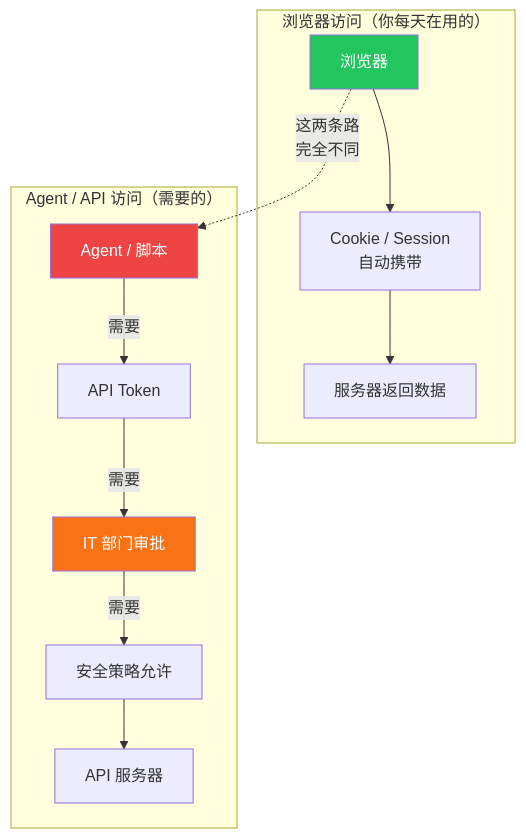
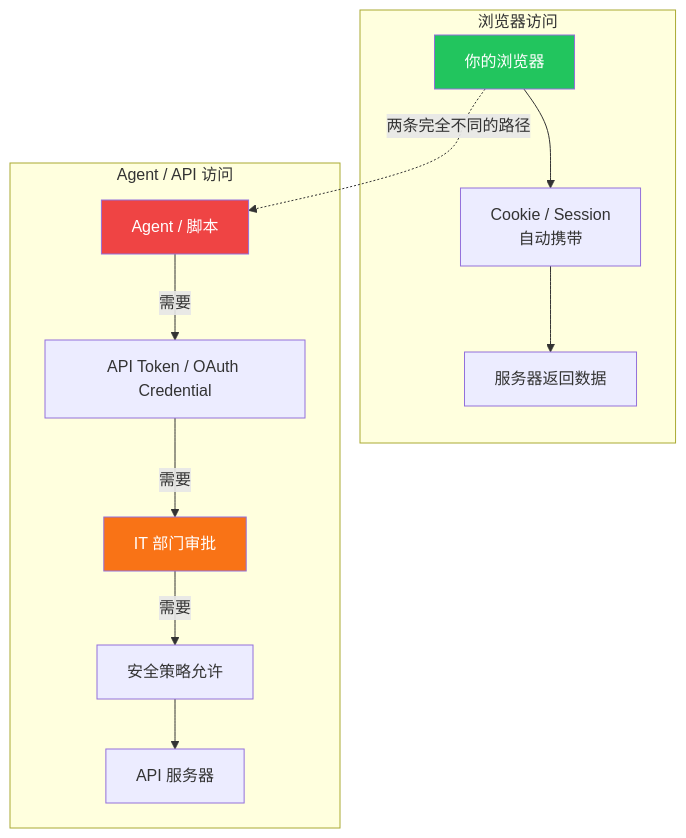
The fifth of 5 diagrams in content/zh/posts/agent-bottleneck-data-sovereignty.md (Trashwbin/quill), drawn with Mermaid before and after one commit. The commit also changed other lines of this file, not shown here.

````diff
--- a/content/zh/posts/agent-bottleneck-data-sovereignty.md
+++ b/content/zh/posts/agent-bottleneck-data-sovereignty.md
@@ -104,22 +120,22 @@
 ```mermaid
 graph TB
-    subgraph "浏览器访问（你每天在用的）"
-        Browser["浏览器"]
+    subgraph "浏览器访问"
+        Browser["你的浏览器"]
         Browser --> Cookie["Cookie / Session<br/>自动携带"]
         Cookie --> Server["服务器返回数据"]
     end
     
-    subgraph "Agent / API 访问（需要的）"
-        Agent["Agent / 脚本"]
-        Agent -->|"需要"| Token["API Token"]
+    subgraph "Agent / API 访问"
+        AgentAPI["Agent / 脚本"]
+        AgentAPI -->|"需要"| Token["API Token / OAuth Credential"]
         Token -->|"需要"| IT["IT 部门审批"]
         IT -->|"需要"| Policy["安全策略允许"]
         Policy --> API["API 服务器"]
     end
     
-    Browser -.->|"这两条路<br/>完全不同"| Agent
+    Browser -.->|"两条完全不同的路径"| AgentAPI
     
     style Browser fill:#22c55e,color:#fff
-    style Agent fill:#ef4444,color:#fff
+    style AgentAPI fill:#ef4444,color:#fff
     style IT fill:#f97316,color:#fff
 ```
````
